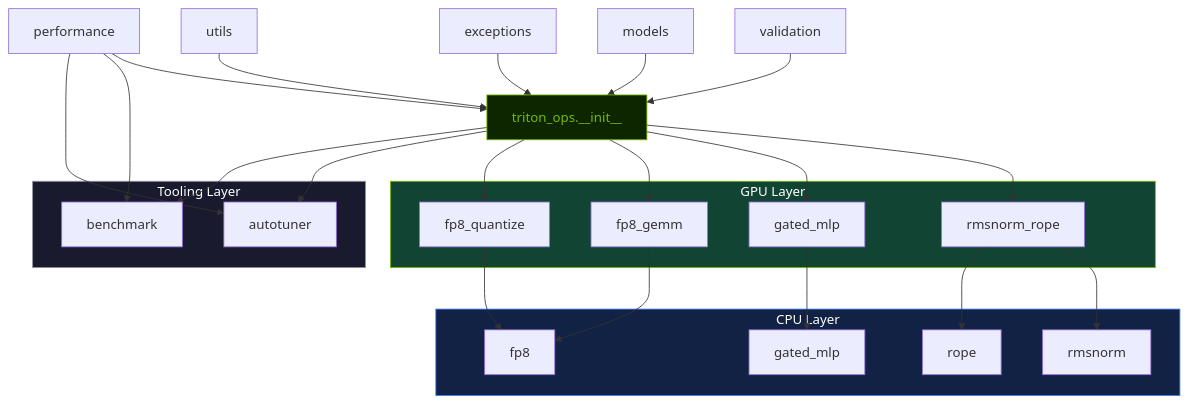
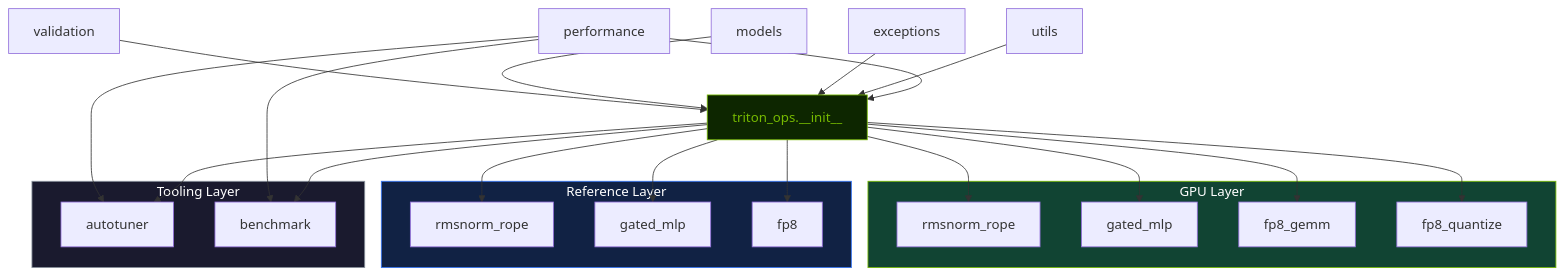
Before and after one commit to LessUp/triton-fused-ops: the first of 2 diagrams in docs/en/internals/architecture.md, drawn with Mermaid. The commit also changed other lines of this file and 8 other files, not shown here.

````diff
--- a/docs/en/internals/architecture.md
+++ b/docs/en/internals/architecture.md
@@ -42,55 +41,52 @@
 ```mermaid
 flowchart TB
     subgraph GPU["GPU Layer"]
         K1[rmsnorm_rope]
         K2[gated_mlp]
         K3[fp8_gemm]
         K4[fp8_quantize]
     end
 
-    subgraph CPU["CPU Layer"]
-        C1[rmsnorm]
-        C2[rope]
-        C3[gated_mlp]
-        C4[fp8]
+    subgraph REF["Reference Layer"]
+        R1[rmsnorm_rope]
+        R2[gated_mlp]
+        R3[fp8]
     end
 
     subgraph TOOLS["Tooling Layer"]
         T1[autotuner]
         T2[benchmark]
     end
 
     INIT["triton_ops.__init__"]
     VAL[validation]
     MOD[models]
     EXC[exceptions]
     PERF[performance]
     UTL[utils]
 
     VAL --> INIT
     MOD --> INIT
     EXC --> INIT
     UTL --> INIT
     PERF --> INIT
     PERF --> T2
     PERF --> T1
 
     INIT --> K1
     INIT --> K2
     INIT --> K3
     INIT --> K4
 
-    K1 --> C1
-    K1 --> C2
-    K2 --> C3
-    K3 --> C4
-    K4 --> C4
+    INIT --> R1
+    INIT --> R2
+    INIT --> R3
 
     INIT --> T1
     INIT --> T2
 
     style GPU fill:#143,stroke:#76B900,color:#fff
-    style CPU fill:#124,stroke:#3476f6,color:#fff
+    style REF fill:#124,stroke:#3476f6,color:#fff
     style TOOLS fill:#1a1a2e,stroke:#8b949e,color:#fff
     style INIT fill:#0d2600,stroke:#76B900,color:#76B900
 ```
````
